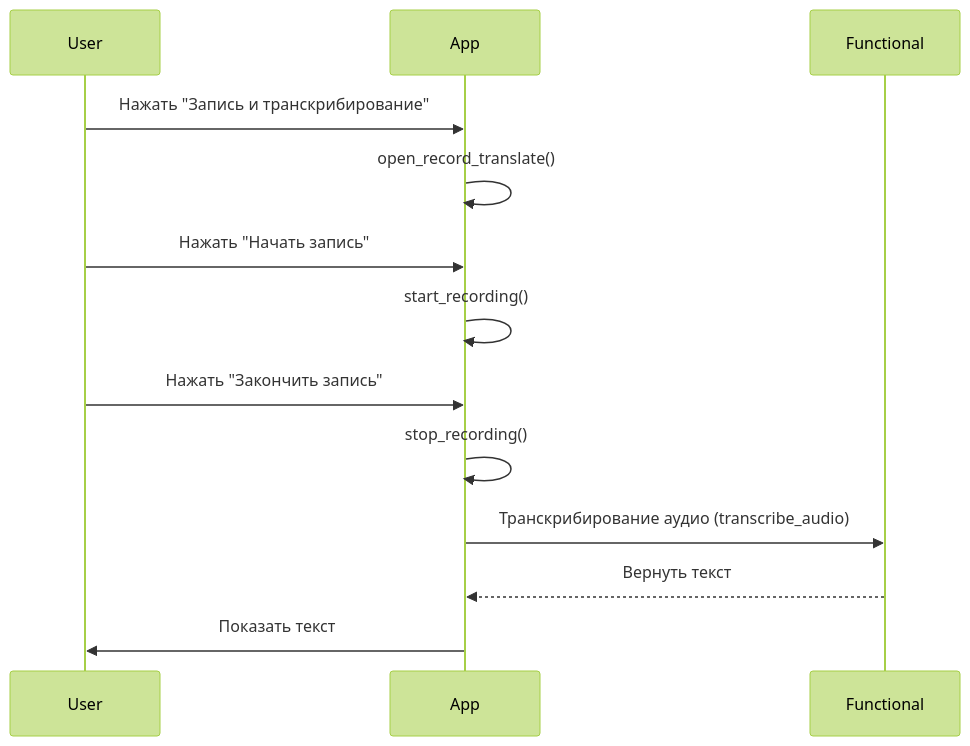
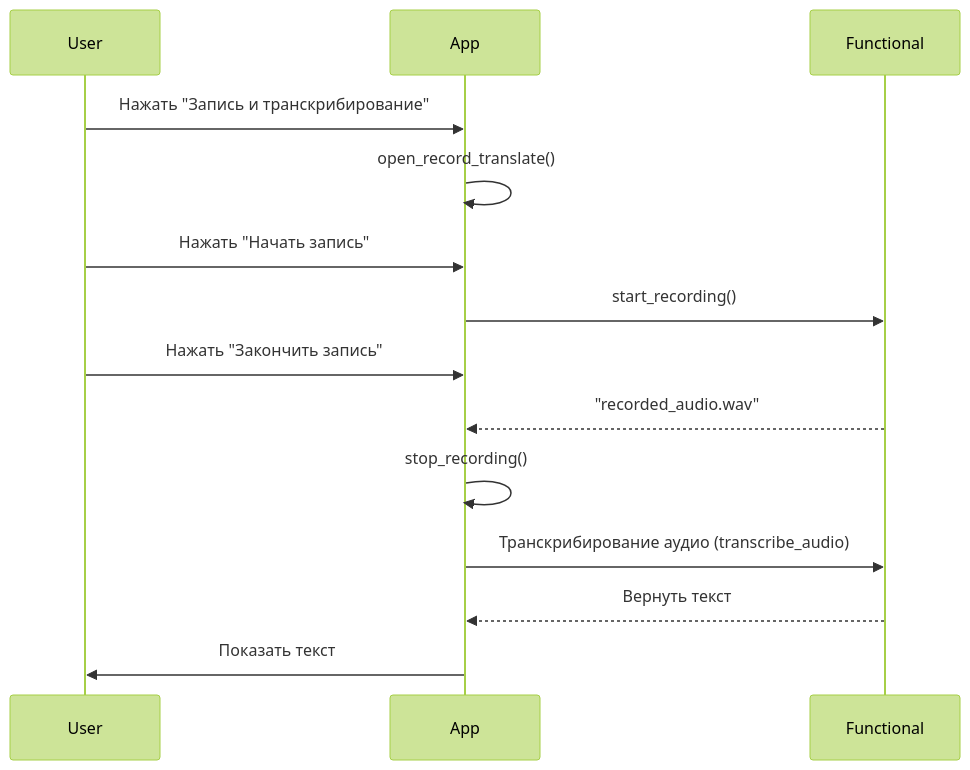
Before and after one commit to Retnug228/Lab3Orpo: the fourth of 4 diagrams in docs/behavior.md, drawn with Mermaid (forest theme). The commit also changed other lines of this file, not shown here.

````diff
--- a/docs/behavior.md
+++ b/docs/behavior.md
@@ -73,16 +73,18 @@
 ```mermaid
 sequenceDiagram
     participant User
     participant App
     participant Functional
     
     User ->> App: Нажать "Запись и транскрибирование"
     App ->> App: open_record_translate()
     User ->> App: Нажать "Начать запись"
-    App ->> App: start_recording()
+    App ->> Functional: start_recording()
+    
     User ->> App: Нажать "Закончить запись"
+    Functional -->> App: "recorded_audio.wav"
     App ->> App: stop_recording()
     App ->> Functional: Транскрибирование аудио (transcribe_audio)
     Functional -->> App: Вернуть текст
     App ->> User: Показать текст
 ```
````
